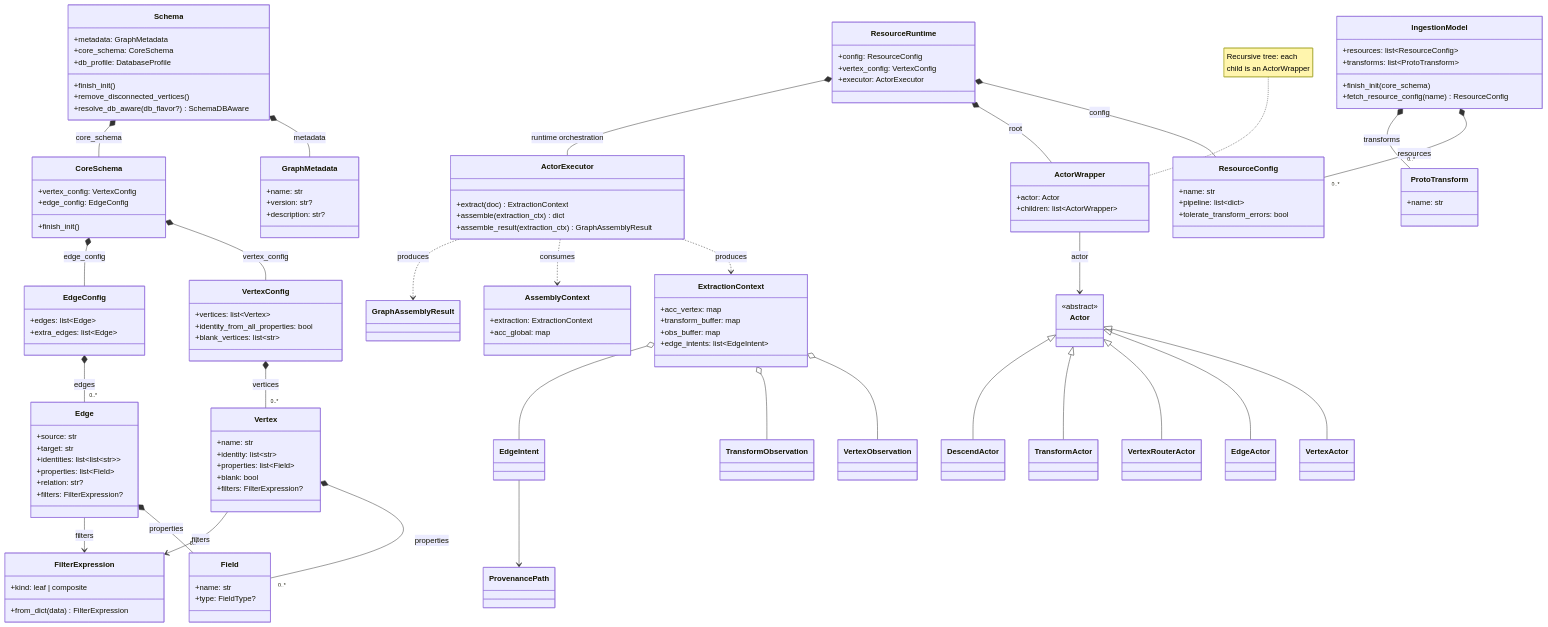
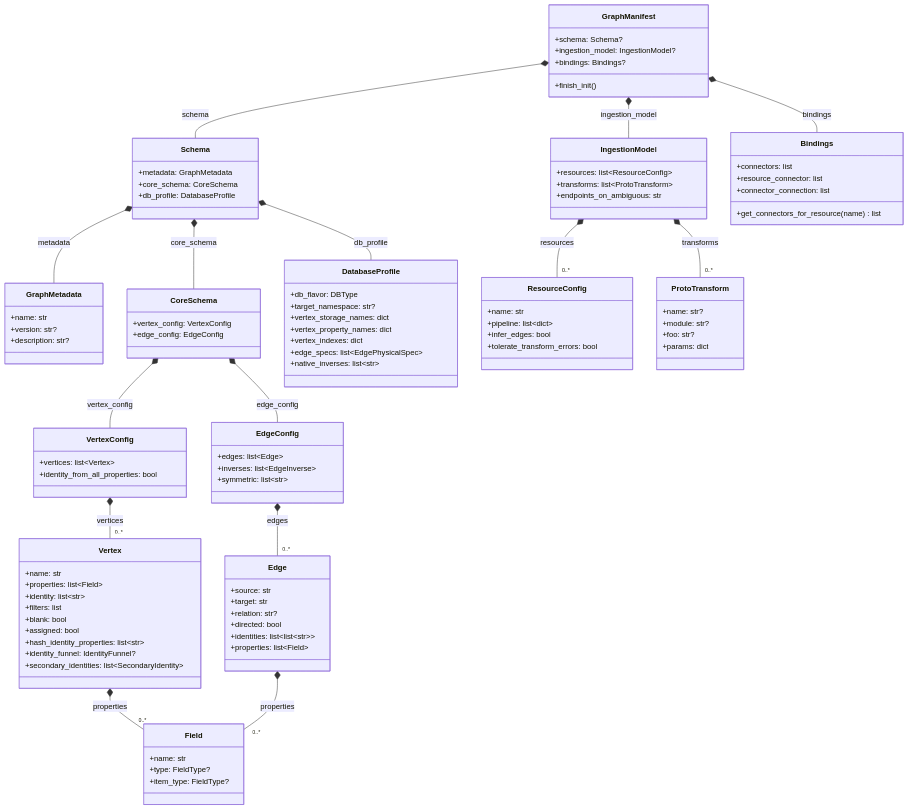
One commit to growgraph/graflo changed the second of 3 diagrams in docs/concepts/architecture/diagrams.md. Above: the diagram before and after it, drawn with Mermaid. The commit also changed other lines of this file and 487 other files, not shown here.

````diff
--- a/docs/concepts/architecture/diagrams.md
+++ b/docs/concepts/architecture/diagrams.md
@@ -105,27 +92,18 @@
 ```mermaid
 classDiagram
     direction TB
+
+    class GraphManifest {
+        +schema: Schema?
+        +ingestion_model: IngestionModel?
+        +bindings: Bindings?
+        +finish_init()
+    }
 
     class Schema {
         +metadata: GraphMetadata
         +core_schema: CoreSchema
         +db_profile: DatabaseProfile
-        +finish_init()
-        +remove_disconnected_vertices()
-        +resolve_db_aware(db_flavor?) SchemaDBAware
-    }
-
-    class CoreSchema {
-        +vertex_config: VertexConfig
-        +edge_config: EdgeConfig
-        +finish_init()
-    }
-
-    class IngestionModel {
-        +resources: list~ResourceConfig~
-        +transforms: list~ProtoTransform~
-        +finish_init(core_schema)
-        +fetch_resource_config(name) ResourceConfig
     }
 
     class GraphMetadata {
@@ -134,129 +112,98 @@
         +description: str?
     }
 
+    class CoreSchema {
+        +vertex_config: VertexConfig
+        +edge_config: EdgeConfig
+    }
+
     class VertexConfig {
         +vertices: list~Vertex~
         +identity_from_all_properties: bool
-        +blank_vertices: list~str~
     }
 
     class Vertex {
         +name: str
+        +properties: list~Field~
         +identity: list~str~
-        +properties: list~Field~
+        +filters: list
         +blank: bool
-        +filters: FilterExpression?
+        +assigned: bool
+        +hash_identity_properties: list~str~
+        +identity_funnel: IdentityFunnel?
+        +secondary_identities: list~SecondaryIdentity~
     }
 
     class Field {
         +name: str
         +type: FieldType?
+        +item_type: FieldType?
     }
 
     class EdgeConfig {
         +edges: list~Edge~
-        +extra_edges: list~Edge~
+        +inverses: list~EdgeInverse~
+        +symmetric: list~str~
     }
 
     class Edge {
         +source: str
         +target: str
+        +relation: str?
+        +directed: bool
         +identities: list~list~str~~
         +properties: list~Field~
-        +relation: str?
-        +filters: FilterExpression?
+    }
+
+    class DatabaseProfile {
+        +db_flavor: DBType
+        +target_namespace: str?
+        +vertex_storage_names: dict
+        +vertex_property_names: dict
+        +vertex_indexes: dict
+        +edge_specs: list~EdgePhysicalSpec~
+        +native_inverses: list~str~
+    }
+
+    class IngestionModel {
+        +resources: list~ResourceConfig~
+        +transforms: list~ProtoTransform~
+        +endpoints_on_ambiguous: str
     }
 
     class ResourceConfig {
         +name: str
         +pipeline: list~dict~
+        +infer_edges: bool
         +tolerate_transform_errors: bool
     }
 
-    class ResourceRuntime {
-        +config: ResourceConfig
-        +vertex_config: VertexConfig
-        +executor: ActorExecutor
+    class ProtoTransform {
+        +name: str?
+        +module: str?
+        +foo: str?
+        +params: dict
     }
 
-    class ActorWrapper {
-        +actor: Actor
-        +children: list~ActorWrapper~
-    }
-    note for ActorWrapper "Recursive tree: each<br />child is an ActorWrapper"
-
-    class ActorExecutor {
-        +extract(doc) ExtractionContext
-        +assemble(extraction_ctx) dict
-        +assemble_result(extraction_ctx) GraphAssemblyResult
+    class Bindings {
+        +connectors: list
+        +resource_connector: list
+        +connector_connection: list
+        +get_connectors_for_resource(name) list
     }
 
-    class Actor {
-        <<abstract>>
-    }
-    class VertexActor
-    class EdgeActor
-    class VertexRouterActor
-    class TransformActor
-    class DescendActor
-
-    class ProtoTransform {
-        +name: str
-    }
-
-    class ExtractionContext {
-        +acc_vertex: map
-        +transform_buffer: map
-        +obs_buffer: map
-        +edge_intents: list~EdgeIntent~
-    }
-
-    class AssemblyContext {
-        +extraction: ExtractionContext
-        +acc_global: map
-    }
-
-    class VertexObservation
-    class TransformObservation
-    class EdgeIntent
-    class ProvenancePath
-    class GraphAssemblyResult
-
-    class FilterExpression {
-        +kind: leaf | composite
-        +from_dict(data) FilterExpression
-    }
-
+    GraphManifest *-- Schema : schema
+    GraphManifest *-- IngestionModel : ingestion_model
+    GraphManifest *-- Bindings : bindings
     Schema *-- GraphMetadata : metadata
     Schema *-- CoreSchema : core_schema
+    Schema *-- DatabaseProfile : db_profile
     CoreSchema *-- VertexConfig : vertex_config
     CoreSchema *-- EdgeConfig : edge_config
+    VertexConfig *-- "0..*" Vertex : vertices
+    Vertex *-- "0..*" Field : properties
+    EdgeConfig *-- "0..*" Edge : edges
+    Edge *-- "0..*" Field : properties
     IngestionModel *-- "0..*" ResourceConfig : resources
     IngestionModel *-- "0..*" ProtoTransform : transforms
-
-    VertexConfig *-- "0..*" Vertex : vertices
-    Vertex *-- "0..*" Field : properties
-    Vertex --> FilterExpression : filters
-
-    EdgeConfig *-- "0..*" Edge : edges
-    Edge *-- "0..*" Field : properties
-    Edge --> FilterExpression : filters
-
-    ResourceRuntime *-- ResourceConfig : config
-    ResourceRuntime *-- ActorWrapper : root
-    ResourceRuntime *-- ActorExecutor : runtime orchestration
-    ActorWrapper --> Actor : actor
-    ActorExecutor ..> ExtractionContext : produces
-    ActorExecutor ..> AssemblyContext : consumes
-    ExtractionContext o-- VertexObservation
-    ExtractionContext o-- TransformObservation
-    ExtractionContext o-- EdgeIntent
-    EdgeIntent --> ProvenancePath
-    ActorExecutor ..> GraphAssemblyResult : produces
-
-    Actor <|-- VertexActor
-    Actor <|-- EdgeActor
-    Actor <|-- VertexRouterActor
-    Actor <|-- TransformActor
-    Actor <|-- DescendActor
 ```
````
